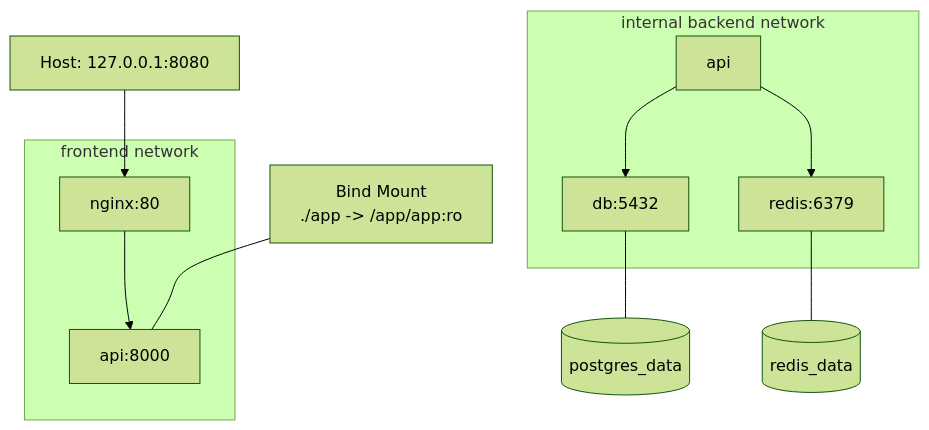
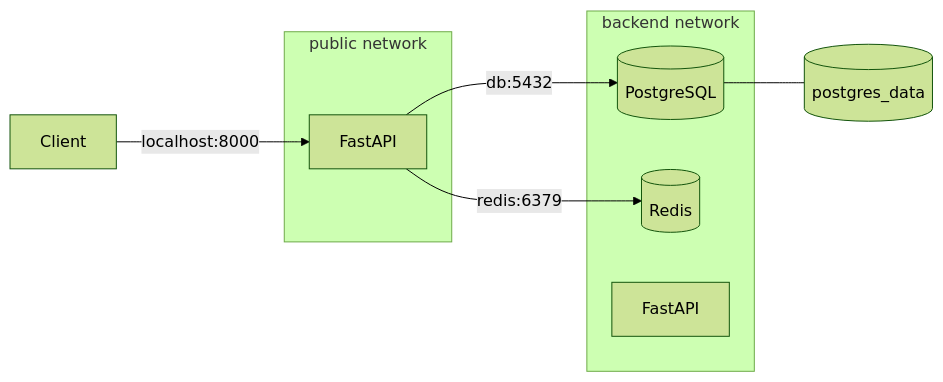
One commit to AvadhBhalodiya/Interview-Preparation changed the eighth of 8 diagrams in src/content/devops/docker-compose-networking.md. Above: the diagram before and after it, drawn with Mermaid (forest theme). The commit also changed other lines of this file and 54 other files, not shown here.

````diff
--- a/src/content/devops/docker-compose-networking.md
+++ b/src/content/devops/docker-compose-networking.md
@@ -1071,27 +689,19 @@
 ```mermaid
-flowchart TB
-    H[Host: 127.0.0.1:8080]
+flowchart LR
+    C[Client] -->|localhost:8000| A[FastAPI]
 
-    subgraph frontend network
-        N[nginx:80]
-        A[api:8000]
+    A -->|db:5432| D[(PostgreSQL)]
+    A -->|redis:6379| R[(Redis)]
+
+    D --- V[(postgres_data)]
+
+    subgraph public network
+        A
     end
 
-    subgraph internal backend network
-        A2[api]
-        D[db:5432]
-        R[redis:6379]
+    subgraph backend network
+        A2[FastAPI]
+        D
+        R
     end
-
-    PV[(postgres_data)]
-    RV[(redis_data)]
-    BM[Bind Mount<br/>./app -> /app/app:ro]
-
-    H --> N
-    N --> A
-    A2 --> D
-    A2 --> R
-    D --- PV
-    R --- RV
-    BM --- A
 ```
````
